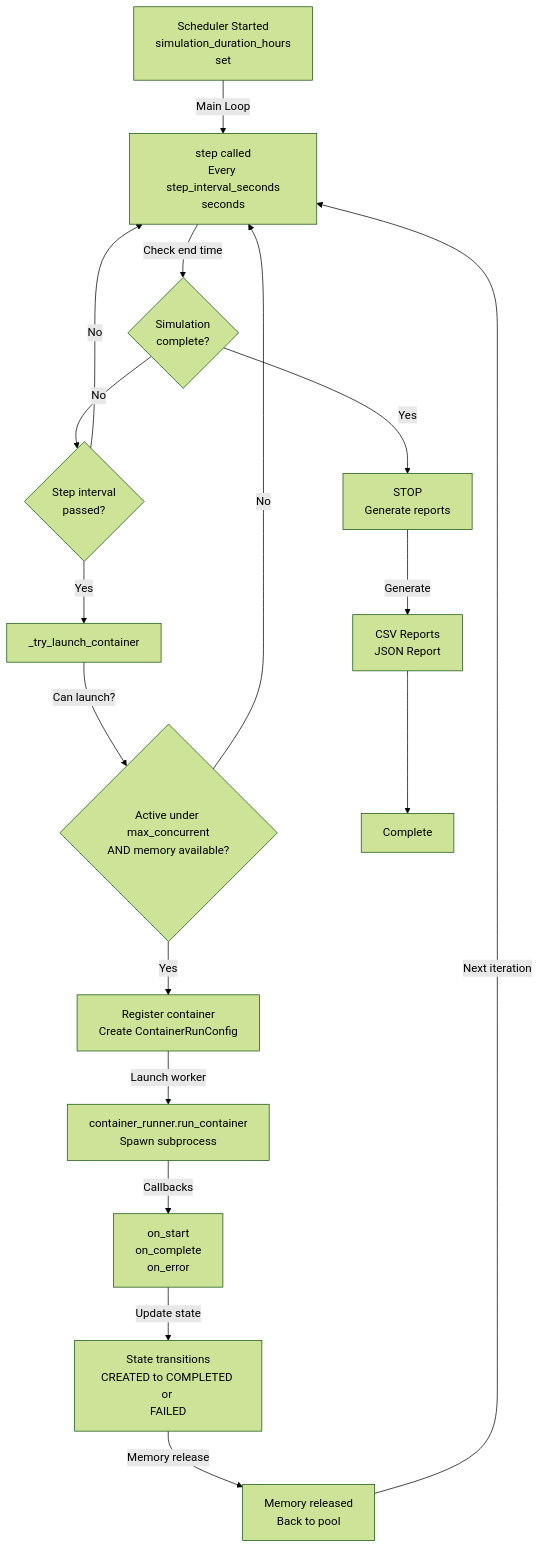
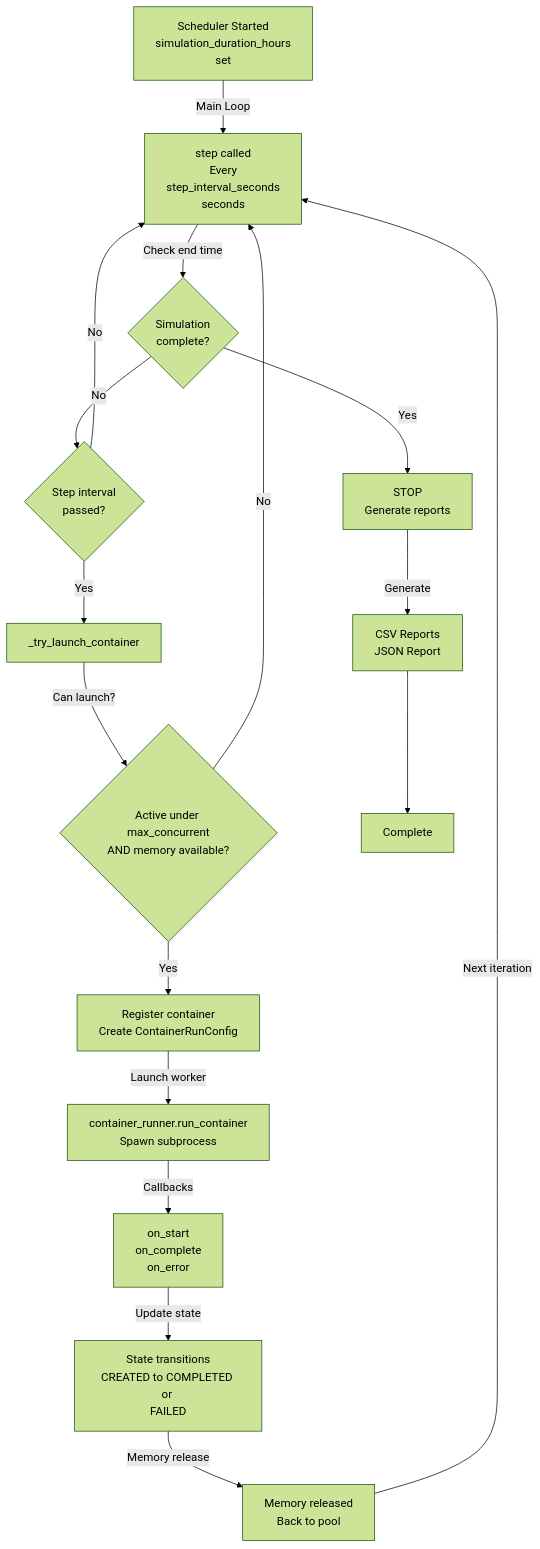
One commit to girishhiremath/GPU-memory-aware-parallel-container-execution-system changed the first of 2 diagrams in README.md. Above: the diagram before and after it, drawn with Mermaid (forest theme).

````diff
--- a/README.md
+++ b/README.md
@@ -238,31 +238,31 @@
 ```mermaid
 graph TD
-   Start["Scheduler Started<br/>simulation_duration_hours<br/>set"] -->|"Main Loop"| Step["step called<br/>Every step_interval_seconds<br/>seconds"]
+   Start["Scheduler Started<br/>simulation_duration_hours<br/>set"] -->|"Main Loop"| Step["step called<br/>Every<br/>step_interval_seconds<br/>seconds"]
 
    Step -->|"Check end time"| EndCheck{"Simulation<br/>complete?"}
 
    EndCheck -->|"No"| LaunchCheck{"Step interval<br/>passed?"}
    EndCheck -->|"Yes"| Stop["STOP<br/>Generate reports"]
 
    LaunchCheck -->|"No"| Step
    LaunchCheck -->|"Yes"| Launch["_try_launch_container"]
 
    Launch -->|"Can launch?"| CanLaunch{"Active under max_concurrent<br/>AND memory available?"}
 
    CanLaunch -->|"No"| Step
    CanLaunch -->|"Yes"| Register["Register container<br/>Create ContainerRunConfig"]
 
    Register -->|"Launch worker"| Runner["container_runner.run_container<br/>Spawn subprocess"]
 
    Runner -->|"Callbacks"| Callbacks["on_start<br/>on_complete<br/>on_error"]
 
    Callbacks -->|"Update state"| State["State transitions<br/>CREATED to COMPLETED or <br/>FAILED"]
 
    State -->|"Memory release"| MemNode["Memory released<br/>Back to pool"]
 
    MemNode -->|"Next iteration"| Step
 
    Stop -->|"Generate"| Reports["CSV Reports<br/>JSON Report"]
 
    Reports --> End["Complete"]
 ```
````
